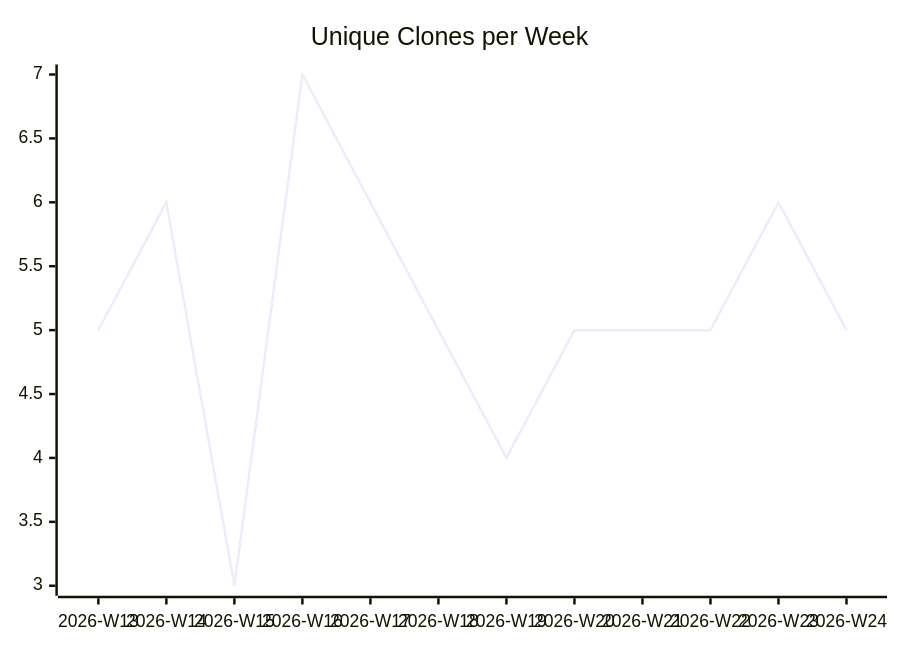
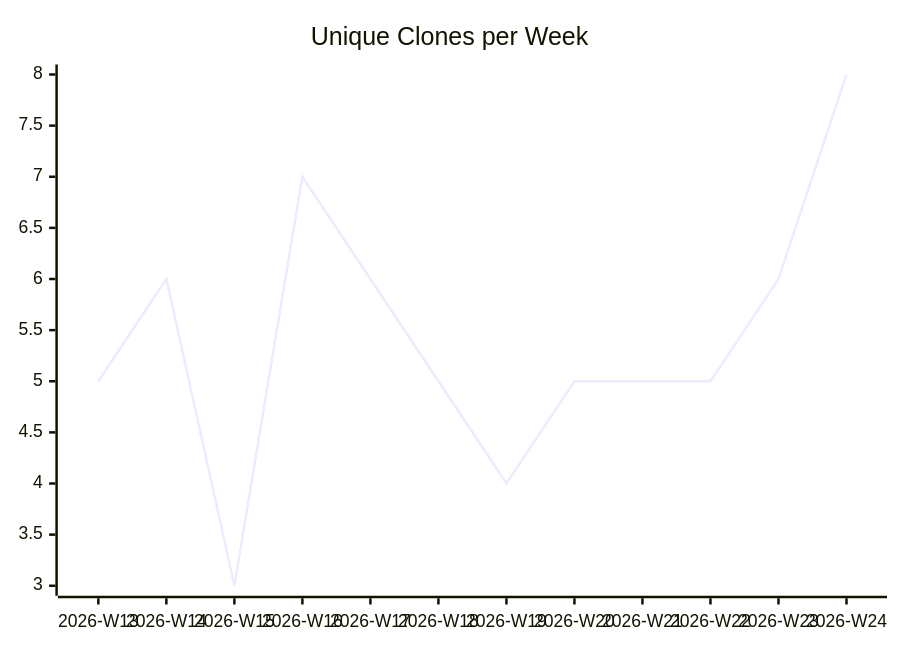
Before and after one commit to justdavis-family/github-analytics-data: the third of 3 diagrams in karlmdavis/kxml2/README.md, drawn with Mermaid. The commit also changed other lines of this file and 193 other files, not shown here.

````diff
--- a/karlmdavis/kxml2/README.md
+++ b/karlmdavis/kxml2/README.md
@@ -19,6 +19,6 @@
 ```mermaid
 xychart-beta
   title "Unique Clones per Week"
   x-axis ["2026-W13", "2026-W14", "2026-W15", "2026-W16", "2026-W17", "2026-W18", "2026-W19", "2026-W20", "2026-W21", "2026-W22", "2026-W23", "2026-W24"]
-  line [5, 6, 3, 7, 6, 5, 4, 5, 5, 5, 6, 5]
+  line [5, 6, 3, 7, 6, 5, 4, 5, 5, 5, 6, 8]
 ```
````
